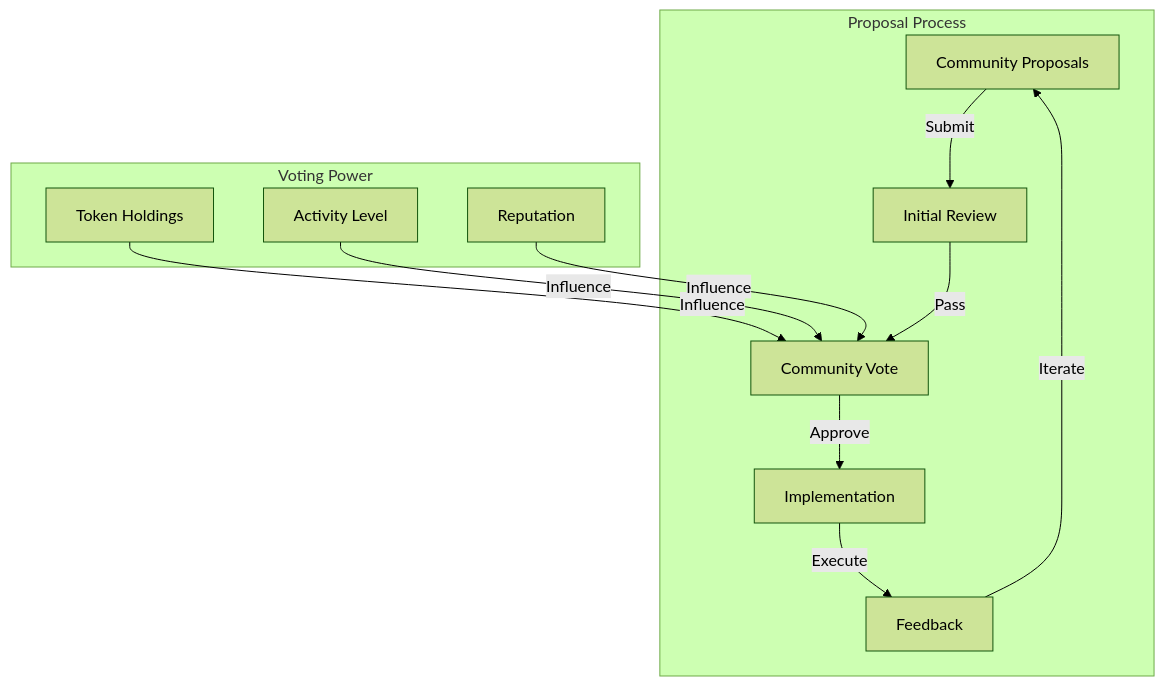
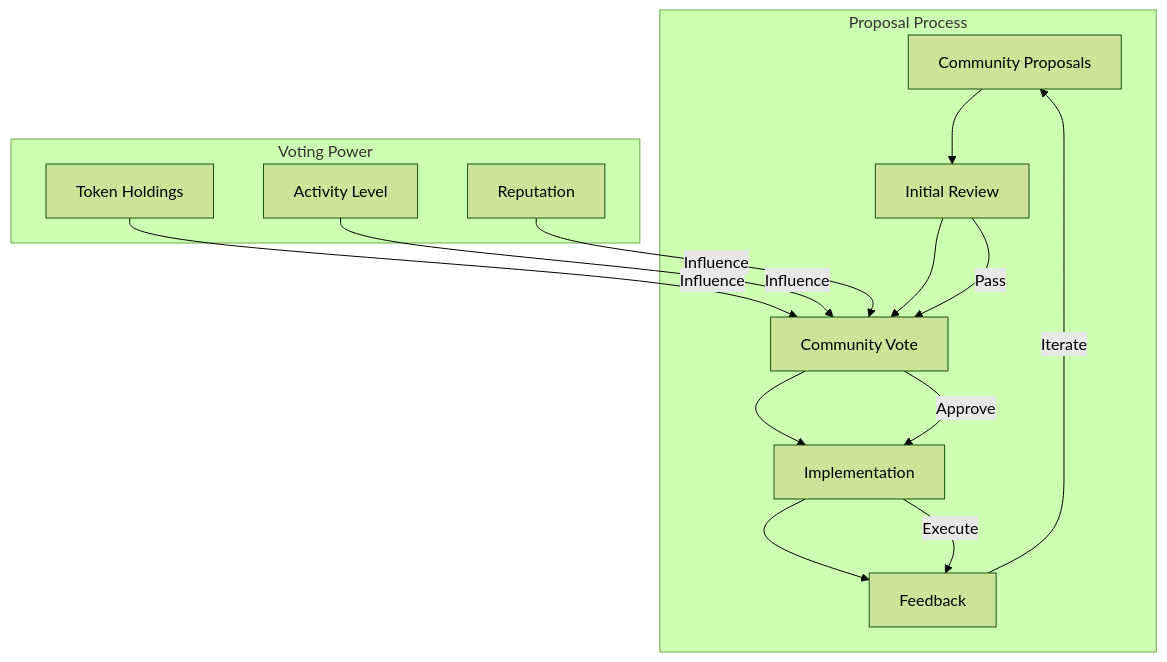
The second of 17 diagrams in docs/community-ecosystem.md (MEMEFANS/memefans), drawn with Mermaid (forest theme) before and after one commit. The commit also changed other lines of this file and 1 other file, not shown here.

Commit message:
fix: update Mermaid configuration and diagram formats

````diff
--- a/docs/community-ecosystem.md
+++ b/docs/community-ecosystem.md
@@ -30,16 +30,20 @@
-```mermaid
-graph TD
+<div class="mermaid">
+flowchart TD
     subgraph Proposal Process
-        A[Community Proposals] -->|Submit| B[Initial Review]
-        B -->|Pass| C[Community Vote]
-        C -->|Approve| D[Implementation]
-        D -->|Execute| E[Feedback]
-        E -->|Iterate| A
+        CP[Community Proposals] --> IR[Initial Review]
+        IR --> CV[Community Vote]
+        CV --> IM[Implementation]
+        IM --> FB[Feedback]
+        FB -->|Iterate| CP
     end
-    
+
     subgraph Voting Power
-        F[Token Holdings] -->|Influence| C
-        G[Activity Level] -->|Influence| C
-        H[Reputation] -->|Influence| C
+        TH[Token Holdings] -->|Influence| CV
+        AL[Activity Level] -->|Influence| CV
+        RP[Reputation] -->|Influence| CV
     end
-```
+
+    IR -->|Pass| CV
+    CV -->|Approve| IM
+    IM -->|Execute| FB
+</div>
````
